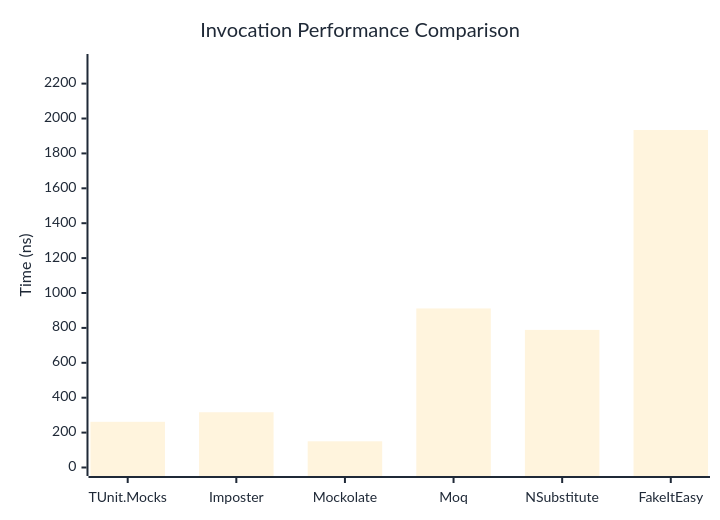
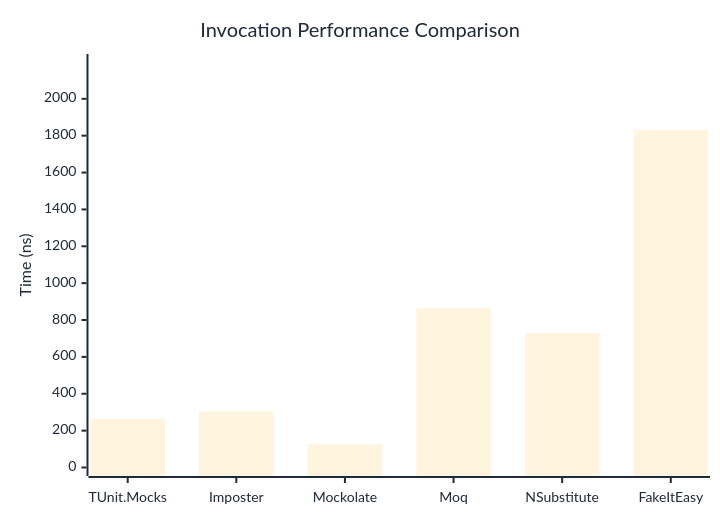
One commit to weiyilai/TUnit changed the first of 3 diagrams in docs/docs/benchmarks/mocks/Invocation.md. Above: the diagram before and after it, drawn with Mermaid. The commit also changed other lines of this file and 14 other files, not shown here.

````diff
--- a/docs/docs/benchmarks/mocks/Invocation.md
+++ b/docs/docs/benchmarks/mocks/Invocation.md
@@ -28,27 +28,27 @@
 ```mermaid
 %%{init: {
   'theme':'base',
   'themeVariables': {
     'primaryColor': '#2563eb',
     'primaryTextColor': '#1f2937',
     'primaryBorderColor': '#1e40af',
     'lineColor': '#6b7280',
     'secondaryColor': '#7c3aed',
     'tertiaryColor': '#dc2626',
     'background': '#ffffff',
     'pie1': '#2563eb',
     'pie2': '#7c3aed',
     'pie3': '#dc2626',
     'pie4': '#f59e0b',
     'pie5': '#10b981',
     'pie6': '#06b6d4',
     'pie7': '#ec4899',
     'pie8': '#6366f1'
   }
 }}%%
 xychart-beta
   title "Invocation Performance Comparison"
   x-axis ["TUnit.Mocks", "Imposter", "Mockolate", "Moq", "NSubstitute", "FakeItEasy"]
-  y-axis "Time (ns)" 0 --> 2321
-  bar [261.8, 316.7, 150.1, 911.5, 788.5, 1934.1]
+  y-axis "Time (ns)" 0 --> 2197
+  bar [264.1, 303.8, 125.6, 863.7, 728.7, 1830.8]
 ```
````
